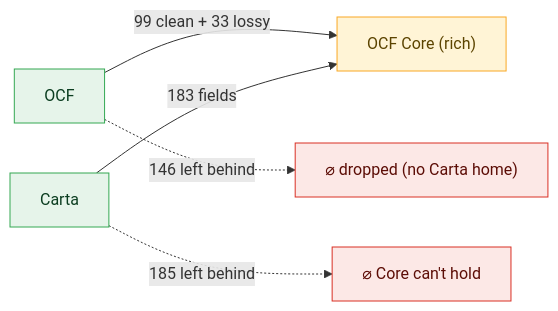
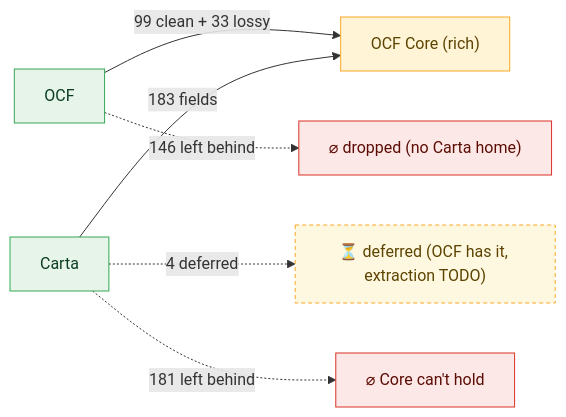
The first of 47 diagrams in docs/core-bidirectional-flow.md (Open-Cap-Table-Coalition/OCF-Composed-Schemas), drawn with Mermaid before and after one commit. The commit also changed other lines of this file and 8 other files, not shown here.

First line of the commit message:
OCF Core: add defer: placeholder for deferred nested mappings

````diff
--- a/docs/core-bidirectional-flow.md
+++ b/docs/core-bidirectional-flow.md
@@ -11,11 +11,13 @@
 ```mermaid
 flowchart LR
   classDef core fill:#fff4d6,stroke:#f9a825,color:#5c4400;
   classDef in fill:#e6f4ea,stroke:#34a853,color:#0b3d20;
   classDef out fill:#fce8e6,stroke:#d93025,color:#5c0d06;
+  classDef defer fill:#fff8e1,stroke:#f9a825,color:#5c4400,stroke-dasharray:4 3;
   OCF["OCF"]:::in -->|"99 clean + 33 lossy"| CORE
   OCF -.->|"146 left behind"| ocfvoid["⌀ dropped (no Carta home)"]:::out
   CORE["OCF Core (rich)"]:::core
   Carta["Carta"]:::in -->|"183 fields"| CORE
-  Carta -.->|"185 left behind"| cartavoid["⌀ Core can't hold"]:::out
+  Carta -.->|"4 deferred"| deferbox["⏳ deferred (OCF has it, extraction TODO)"]:::defer
+  Carta -.->|"181 left behind"| cartavoid["⌀ Core can't hold"]:::out
 ```
````
